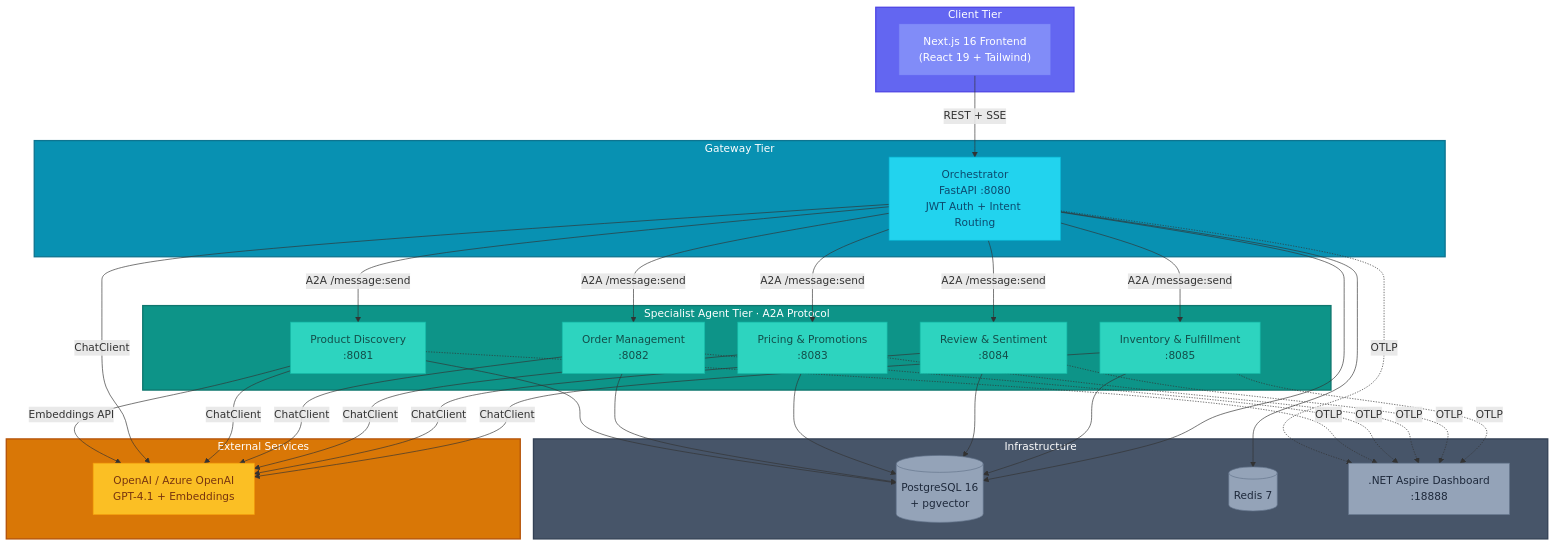
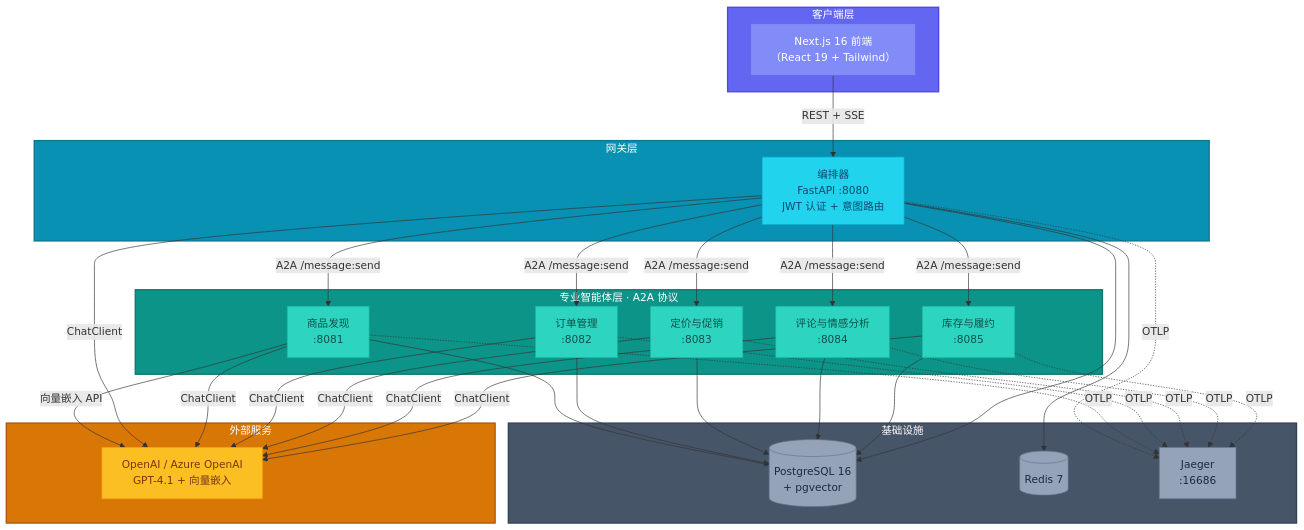
The first of 7 diagrams in docs/architecture.md (s1encisi/reliable-commerce-agents), drawn with Mermaid before and after one commit. The commit also changed other lines of this file and 1033 other files, not shown here.

````diff
--- a/docs/architecture.md
+++ b/docs/architecture.md
@@ -11,80 +11,80 @@
 ```mermaid
 graph TB
-    subgraph Client["Client Tier"]
-        FE["Next.js 16 Frontend<br/>(React 19 + Tailwind)"]
+    subgraph Client["客户端层"]
+        FE["Next.js 16 前端<br/>（React 19 + Tailwind）"]
     end
 
-    subgraph Gateway["Gateway Tier"]
-        ORCH["Orchestrator<br/>FastAPI :8080<br/>JWT Auth + Intent Routing"]
+    subgraph Gateway["网关层"]
+        ORCH["编排器<br/>FastAPI :8080<br/>JWT 认证 + 意图路由"]
     end
 
-    subgraph Agents["Specialist Agent Tier · A2A Protocol"]
-        PD["Product Discovery<br/>:8081"]
-        OM["Order Management<br/>:8082"]
-        PP["Pricing &amp; Promotions<br/>:8083"]
-        RS["Review &amp; Sentiment<br/>:8084"]
-        IF["Inventory &amp; Fulfillment<br/>:8085"]
+    subgraph Agents["专业智能体层 · A2A 协议"]
+        PD["商品发现<br/>:8081"]
+        OM["订单管理<br/>:8082"]
+        PP["定价与促销<br/>:8083"]
+        RS["评论与情感分析<br/>:8084"]
+        IF["库存与履约<br/>:8085"]
     end
 
-    subgraph Infra["Infrastructure"]
+    subgraph Infra["基础设施"]
         PG[("PostgreSQL 16<br/>+ pgvector")]
         RD[("Redis 7")]
-        ASPIRE[".NET Aspire Dashboard<br/>:18888"]
+        JAEGER["Jaeger<br/>:16686"]
     end
 
-    subgraph External["External Services"]
-        LLM["OpenAI / Azure OpenAI<br/>GPT-4.1 + Embeddings"]
+    subgraph External["外部服务"]
+        LLM["OpenAI / Azure OpenAI<br/>GPT-4.1 + 向量嵌入"]
     end
 
     FE -->|"REST + SSE"| ORCH
     ORCH -->|"A2A /message:send"| PD
     ORCH -->|"A2A /message:send"| OM
     ORCH -->|"A2A /message:send"| PP
     ORCH -->|"A2A /message:send"| RS
     ORCH -->|"A2A /message:send"| IF
 
     PD --> PG
     OM --> PG
     PP --> PG
     RS --> PG
     IF --> PG
 
     ORCH --> PG
     ORCH --> RD
 
-    PD -->|"Embeddings API"| LLM
+    PD -->|"向量嵌入 API"| LLM
     ORCH -->|"ChatClient"| LLM
     PD -->|"ChatClient"| LLM
     OM -->|"ChatClient"| LLM
     PP -->|"ChatClient"| LLM
     RS -->|"ChatClient"| LLM
     IF -->|"ChatClient"| LLM
 
-    ORCH -.->|"OTLP"| ASPIRE
-    PD -.->|"OTLP"| ASPIRE
-    OM -.->|"OTLP"| ASPIRE
-    PP -.->|"OTLP"| ASPIRE
-    RS -.->|"OTLP"| ASPIRE
-    IF -.->|"OTLP"| ASPIRE
+    ORCH -.->|"OTLP"| JAEGER
+    PD -.->|"OTLP"| JAEGER
+    OM -.->|"OTLP"| JAEGER
+    PP -.->|"OTLP"| JAEGER
+    RS -.->|"OTLP"| JAEGER
+    IF -.->|"OTLP"| JAEGER
 
     style Client fill:#6366f1,stroke:#4f46e5,stroke-width:2px,color:#fff
     style FE fill:#818cf8,stroke:#6366f1,color:#fff
 
     style Gateway fill:#0891b2,stroke:#0e7490,stroke-width:2px,color:#fff
     style ORCH fill:#22d3ee,stroke:#06b6d4,color:#0c4a6e
 
     style Agents fill:#0d9488,stroke:#0f766e,stroke-width:2px,color:#fff
     style PD fill:#2dd4bf,stroke:#14b8a6,color:#134e4a
     style OM fill:#2dd4bf,stroke:#14b8a6,color:#134e4a
     style PP fill:#2dd4bf,stroke:#14b8a6,color:#134e4a
     style RS fill:#2dd4bf,stroke:#14b8a6,color:#134e4a
     style IF fill:#2dd4bf,stroke:#14b8a6,color:#134e4a
 
     style Infra fill:#475569,stroke:#334155,stroke-width:2px,color:#fff
     style PG fill:#94a3b8,stroke:#64748b,color:#1e293b
     style RD fill:#94a3b8,stroke:#64748b,color:#1e293b
-    style ASPIRE fill:#94a3b8,stroke:#64748b,color:#1e293b
+    style JAEGER fill:#94a3b8,stroke:#64748b,color:#1e293b
 
     style External fill:#d97706,stroke:#b45309,stroke-width:2px,color:#fff
     style LLM fill:#fbbf24,stroke:#f59e0b,color:#78350f
 ```
````
